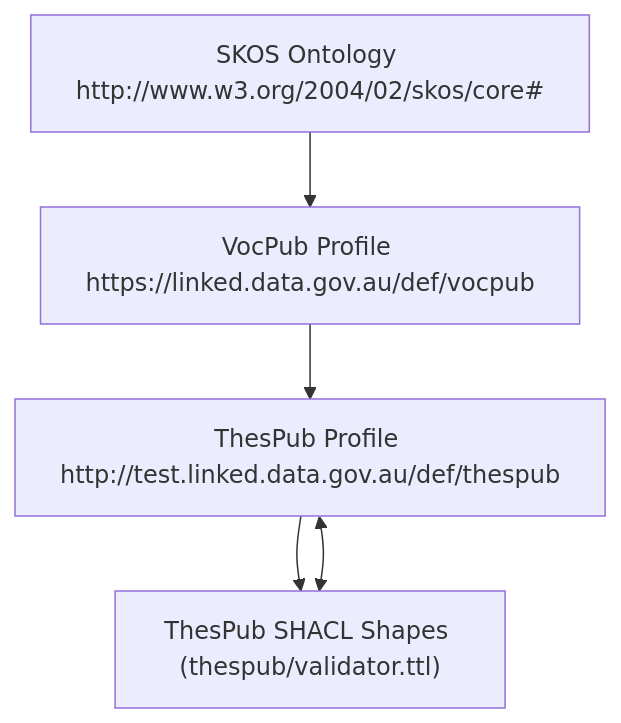
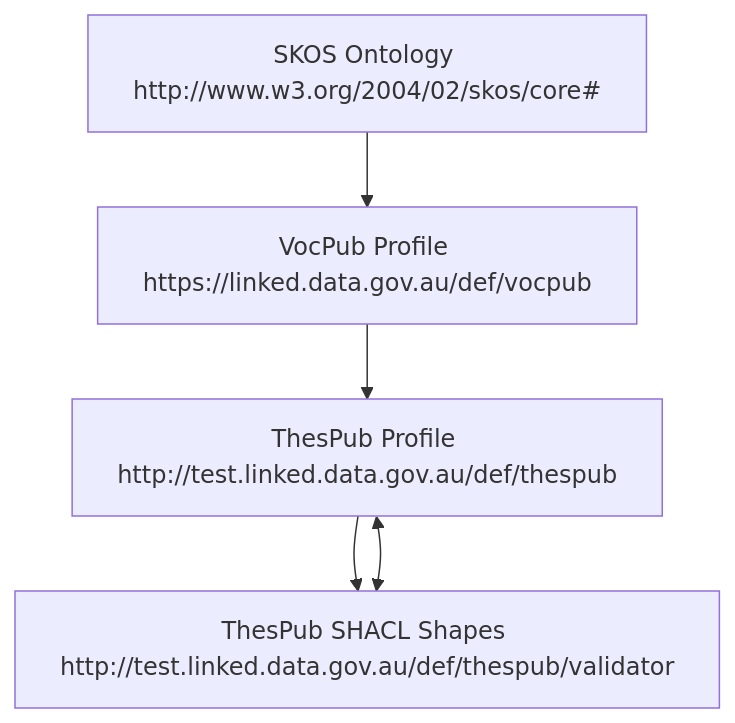
Before and after one commit to leskneebone/thespub: the diagram in README.md, drawn with Mermaid. The commit also changed other lines of this file, not shown here.

````diff
--- a/README.md
+++ b/README.md
@@ -20,15 +20,15 @@
 ```mermaid
 graph TD
 
 SKOS["SKOS Ontology http://www.w3.org/2004/02/skos/core#"]
 VOC["VocPub Profile https://linked.data.gov.au/def/vocpub"]
 THES["ThesPub Profile http://test.linked.data.gov.au/def/thespub"]
-SHACL["ThesPub SHACL Shapes (thespub/validator.ttl)"]
+SHACL["ThesPub SHACL Shapes http://test.linked.data.gov.au/def/thespub/validator"]
 
 SKOS --> VOC
 VOC --> THES
 
 THES --> SHACL
 
 THES <--> SHACL
 ```
````
